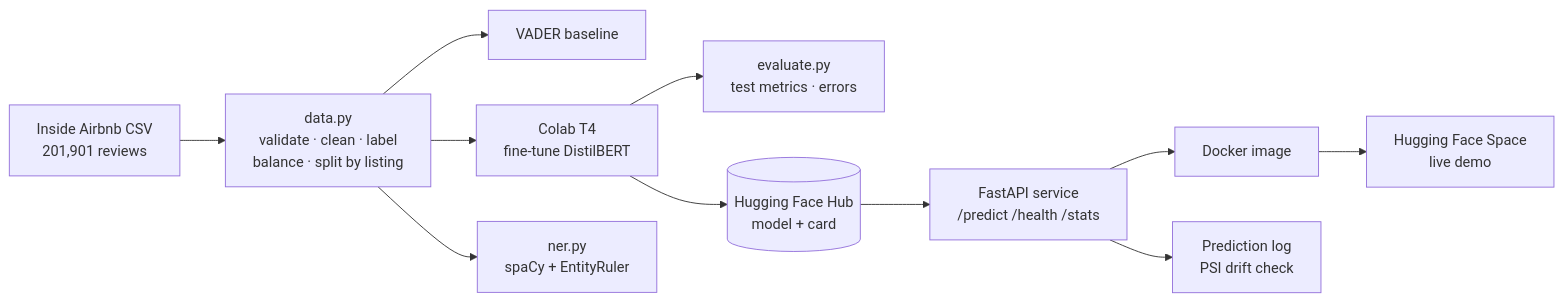
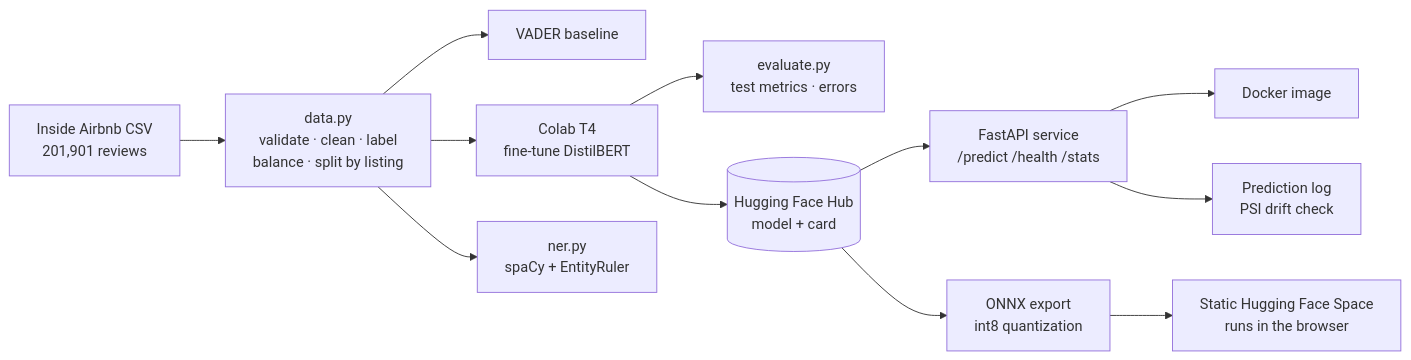
Before and after one commit to sgaind-data/Airbnb_Review_Scores_ML: the diagram in README.md, drawn with Mermaid. The commit also changed other lines of this file and 9 other files, not shown here.

Commit message:
Add ONNX int8 export and free in-browser demo (v1.1.0)

````diff
--- a/README.md
+++ b/README.md
@@ -86,13 +100,14 @@
 ```mermaid
 flowchart LR
     A[Inside Airbnb CSV<br/>201,901 reviews] --> B[data.py<br/>validate · clean · label<br/>balance · split by listing]
     B --> C[VADER baseline]
     B --> D[Colab T4<br/>fine-tune DistilBERT]
     D --> E[evaluate.py<br/>test metrics · errors]
     D --> F[(Hugging Face Hub<br/>model + card)]
     B --> G[ner.py<br/>spaCy + EntityRuler]
     F --> H[FastAPI service<br/>/predict /health /stats]
     H --> I[Docker image]
-    I --> J[Hugging Face Space<br/>live demo]
+    F --> L[ONNX export<br/>int8 quantization]
+    L --> J[Static Hugging Face Space<br/>runs in the browser]
     H --> K[Prediction log<br/>PSI drift check]
 ```
````
